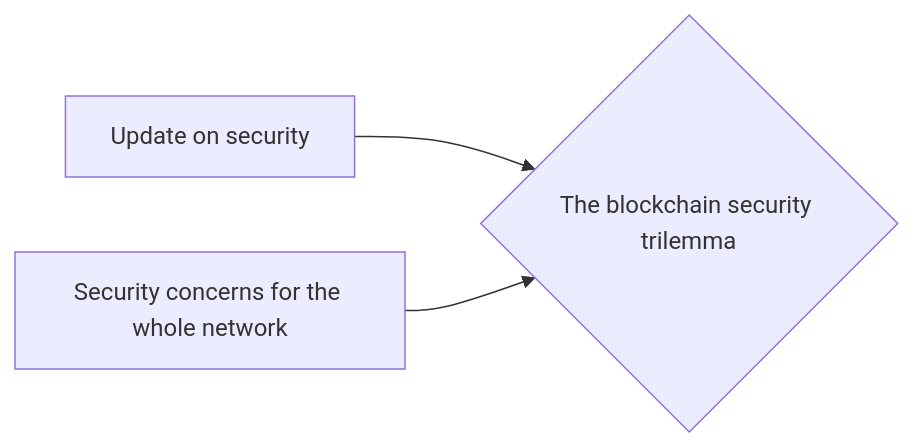
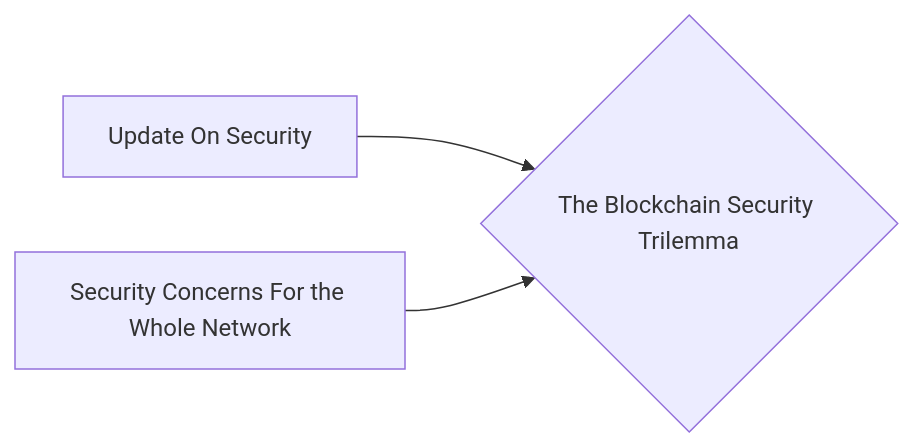
Before and after one commit to lpurdy01/crypto-knowledge-map: the diagram in notes/The_Blockchain_Security_Trilemma.md, drawn with Mermaid. The commit also changed 50 other files, not shown here.

````diff
--- a/notes/The_Blockchain_Security_Trilemma.md
+++ b/notes/The_Blockchain_Security_Trilemma.md
@@ -9,5 +9,5 @@
 ```mermaid
 graph LR
-1["Update on security"]-->0{"The blockchain security trilemma"}
-2["Security concerns for the whole network"]-->0{"The blockchain security trilemma"}
+1["Update On Security"]-->0{"The Blockchain Security Trilemma"}
+2["Security Concerns For the Whole Network"]-->0{"The Blockchain Security Trilemma"}
 ```
````
